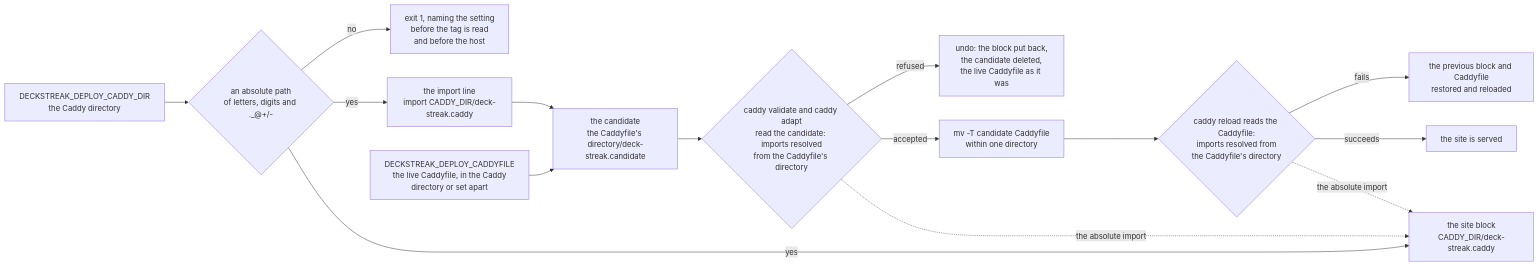
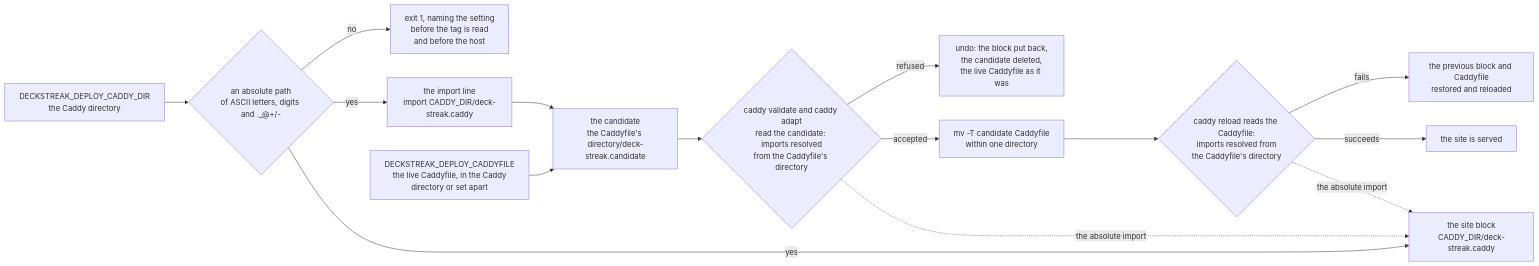
Before and after one commit to RexRenatus/deck-streak: the diagram in docs/schematics/both-caddyfile-layouts-serve-the-site.md, drawn with Mermaid. The commit also changed 5 other files, not shown here.

````diff
--- a/docs/schematics/both-caddyfile-layouts-serve-the-site.md
+++ b/docs/schematics/both-caddyfile-layouts-serve-the-site.md
@@ -10,17 +10,17 @@
 ```mermaid
 flowchart LR
-  cdir["DECKSTREAK_DEPLOY_CADDY_DIR<br/>the Caddy directory"] --> plain{"an absolute path<br/>of letters, digits and ._@+/-"}
+  cdir["DECKSTREAK_DEPLOY_CADDY_DIR<br/>the Caddy directory"] --> plain{"an absolute path<br/>of ASCII letters, digits and ._@+/-"}
   plain -- "no" --> refused["exit 1, naming the setting<br/>before the tag is read<br/>and before the host"]
   plain -- "yes" --> line["the import line<br/>import CADDY_DIR/deck-streak.caddy"]
   plain -- "yes" --> block["the site block<br/>CADDY_DIR/deck-streak.caddy"]
   cfile["DECKSTREAK_DEPLOY_CADDYFILE<br/>the live Caddyfile, in the Caddy<br/>directory or set apart"] --> cand["the candidate<br/>the Caddyfile's directory/deck-streak.candidate"]
   line --> cand
   cand --> checks{"caddy validate and caddy adapt<br/>read the candidate: imports resolved<br/>from the Caddyfile's directory"}
   checks -- "refused" --> undo["undo: the block put back,<br/>the candidate deleted,<br/>the live Caddyfile as it was"]
   checks -- "accepted" --> rename["mv -T candidate Caddyfile<br/>within one directory"]
   rename --> reload{"caddy reload reads the Caddyfile:<br/>imports resolved from<br/>the Caddyfile's directory"}
   reload -- "fails" --> restore["the previous block and Caddyfile<br/>restored and reloaded"]
   reload -- "succeeds" --> served["the site is served"]
   checks -. "the absolute import" .-> block
   reload -. "the absolute import" .-> block
 ```
````
